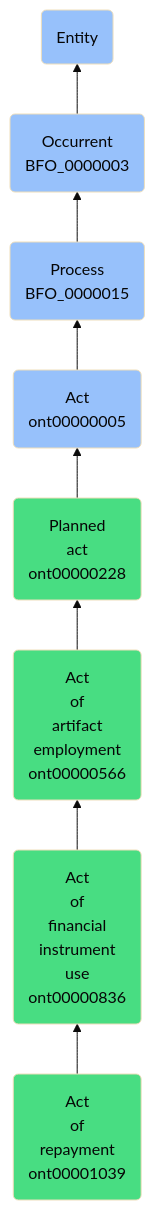
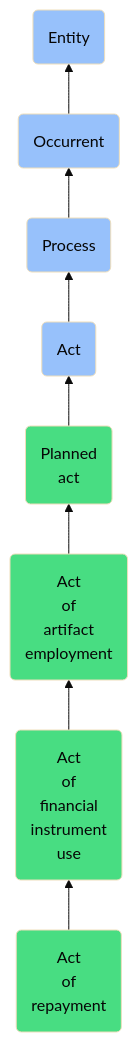
The diagram in docs/ontology/reference/model/Entity/Occurrent/Process/Act/Planned act/Act of artifact employment/Act of financial instrument use/Act of repayment/Act of repayment.md (jupyter-naas/abi), drawn with Mermaid (base theme) before and after one commit. The commit also changed other lines of this file and 1430 other files, not shown here.

````diff
--- a/docs/ontology/reference/model/Entity/Occurrent/Process/Act/Planned act/Act of artifact employment/Act of financial instrument use/Act of repayment/Act of repayment.md
+++ b/docs/ontology/reference/model/Entity/Occurrent/Process/Act/Planned act/Act of artifact employment/Act of financial instrument use/Act of repayment/Act of repayment.md
@@ -24,15 +24,15 @@
 ```mermaid
 graph BT
-    ont00001039(Act<br>of<br>repayment<br>ont00001039):::ABI-->ont00000836
-    ont00000836(Act<br>of<br>financial<br>instrument<br>use<br>ont00000836):::ABI-->ont00000566
-    ont00000566(Act<br>of<br>artifact<br>employment<br>ont00000566):::ABI-->ont00000228
-    ont00000228(Planned<br>act<br>ont00000228):::ABI-->ont00000005
-    ont00000005(Act<br>ont00000005):::BFO-->BFO_0000015
-    BFO_0000015(Process<br>BFO_0000015):::BFO-->BFO_0000003
-    BFO_0000003(Occurrent<br>BFO_0000003):::BFO-->BFO_0000001
+    ont00001039(Act<br>of<br>repayment):::ABI-->ont00000836
+    ont00000836(Act<br>of<br>financial<br>instrument<br>use):::ABI-->ont00000566
+    ont00000566(Act<br>of<br>artifact<br>employment):::ABI-->ont00000228
+    ont00000228(Planned<br>act):::ABI-->ont00000005
+    ont00000005(Act):::BFO-->BFO_0000015
+    BFO_0000015(Process):::BFO-->BFO_0000003
+    BFO_0000003(Occurrent):::BFO-->BFO_0000001
     BFO_0000001(Entity):::BFO
     
     classDef BFO fill:#97c1fb,color:#060606
     classDef CCO fill:#e4c51e,color:#060606
     classDef ABI fill:#48DD82,color:#060606
 ```
````
